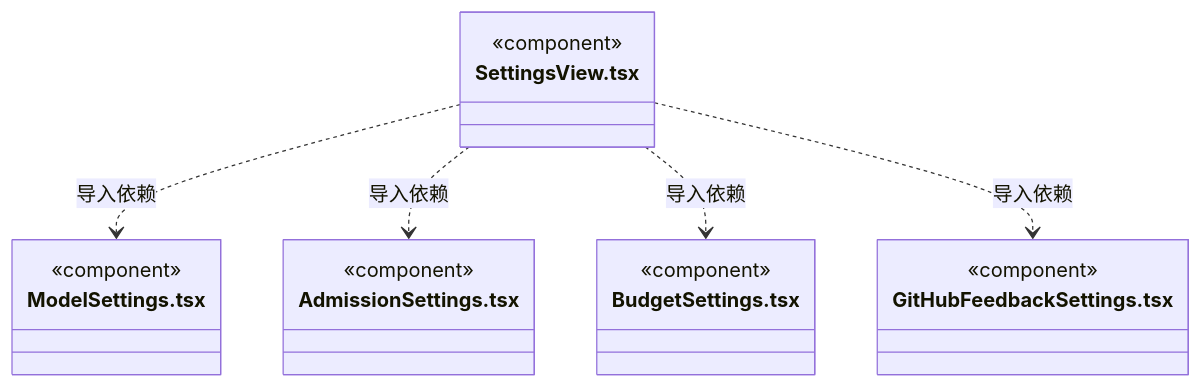
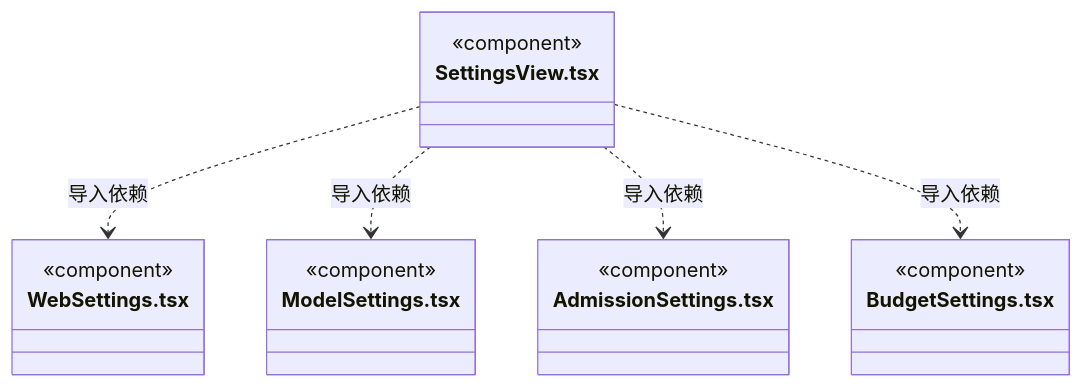
Diagram 13 of 15 in src/frontend/settings/ARCHITECTURE.md (nan023062/cbim), drawn with Mermaid before and after one commit. The commit also changed other lines of this file and 44 other files, not shown here.

````diff
--- a/src/frontend/settings/ARCHITECTURE.md
+++ b/src/frontend/settings/ARCHITECTURE.md
@@ -201,22 +213,22 @@
 ```mermaid
 classDiagram
 class N_src_frontend_settings_SettingsView_tsx["SettingsView.tsx"] {
+  <<component>>
+}
+class N_src_frontend_settings_WebSettings_tsx["WebSettings.tsx"] {
   <<component>>
 }
 class N_src_frontend_settings_ModelSettings_tsx["ModelSettings.tsx"] {
   <<component>>
 }
 class N_src_frontend_settings_AdmissionSettings_tsx["AdmissionSettings.tsx"] {
   <<component>>
 }
 class N_src_frontend_settings_BudgetSettings_tsx["BudgetSettings.tsx"] {
   <<component>>
 }
-class N_src_frontend_settings_GitHubFeedbackSettings_tsx["GitHubFeedbackSettings.tsx"] {
-  <<component>>
-}
+N_src_frontend_settings_SettingsView_tsx ..> N_src_frontend_settings_WebSettings_tsx : 导入依赖
 N_src_frontend_settings_SettingsView_tsx ..> N_src_frontend_settings_ModelSettings_tsx : 导入依赖
 N_src_frontend_settings_SettingsView_tsx ..> N_src_frontend_settings_AdmissionSettings_tsx : 导入依赖
 N_src_frontend_settings_SettingsView_tsx ..> N_src_frontend_settings_BudgetSettings_tsx : 导入依赖
-N_src_frontend_settings_SettingsView_tsx ..> N_src_frontend_settings_GitHubFeedbackSettings_tsx : 导入依赖
 ```
````
